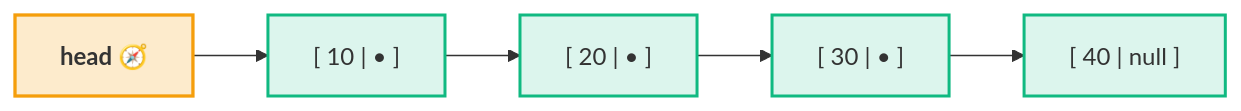
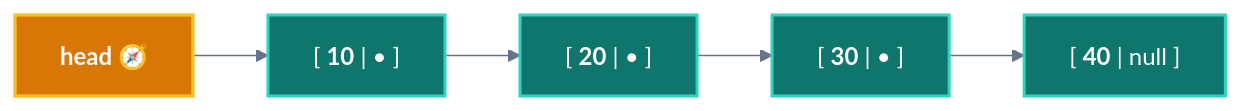
The seventh of 11 diagrams in CS/DSA/03. Linked Lists/01. Linked List Fundamentals.md (abhinavbharti2345/CS_Notes), drawn with Mermaid before and after one commit. The commit also changed other lines of this file and 195 other files, not shown here.

````diff
--- a/CS/DSA/03. Linked Lists/01. Linked List Fundamentals.md
+++ b/CS/DSA/03. Linked Lists/01. Linked List Fundamentals.md
@@ -202,12 +218,13 @@
 ```mermaid
+%%{init: {'theme': 'base', 'themeVariables': { 'darkMode': true, 'background': '#0B0F14', 'mainBkg': '#111827', 'primaryColor': '#111827', 'primaryTextColor': '#F8FAFC', 'primaryBorderColor': '#38BDF8', 'lineColor': '#64748B', 'secondaryColor': '#0B0F14', 'tertiaryColor': '#0B0F14', 'clusterBkg': '#0B0F14', 'clusterBorder': '#38BDF8' }}}%%
 flowchart LR
-    H["<b>head 🧭</b>"] --> N1["[ 10 | • ]"]
-    N1 --> N2["[ 20 | • ]"]
-    N2 --> N3["[ 30 | • ]"]
-    N3 --> N4["[ 40 | null ]"]
+    H["<b>head 🧭</b>"] --> N1["[ <b>10</b> | • ]"]
+    N1 --> N2["[ <b>20</b> | • ]"]
+    N2 --> N3["[ <b>30</b> | • ]"]
+    N3 --> N4["[ <b>40</b> | null ]"]
 
-    classDef headPtr fill:#f59e0b35,stroke:#f59e0b,stroke-width:2.2px;
-    classDef node fill:#10b98125,stroke:#10b981,stroke-width:2px;
+    classDef headPtr fill:#d97706,stroke:#fbbf24,stroke-width:2.2px,color:#ffffff;
+    classDef node fill:#0f766e,stroke:#2dd4bf,stroke-width:2px,color:#ffffff;
     class H headPtr;
     class N1,N2,N3,N4 node;
 ```
````
